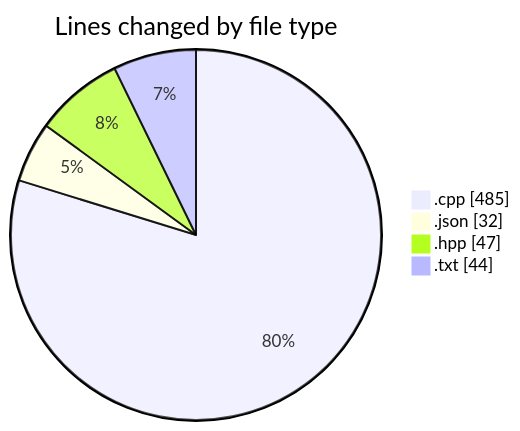
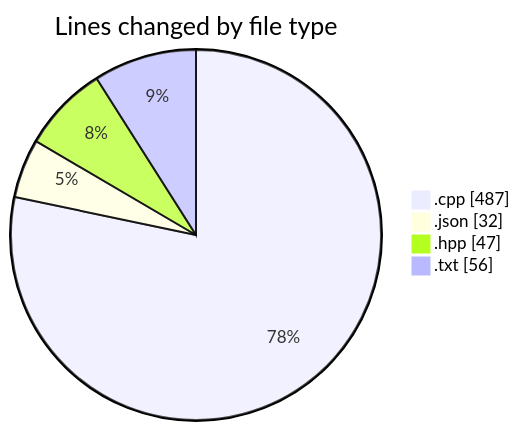
Before and after one commit to Netris89/code-tracking: the first of 2 diagrams in 2025-04-21/echo/README.md, drawn with Mermaid. The commit also changed other lines of this file and 1 other file, not shown here.

````diff
--- a/2025-04-21/echo/README.md
+++ b/2025-04-21/echo/README.md
@@ -25,8 +25,8 @@
 ```mermaid
 pie showData
 title Lines changed by file type
-".cpp" : 485
+".cpp" : 487
 ".json" : 32
 ".hpp" : 47
-".txt" : 44
+".txt" : 56
 ```
````
